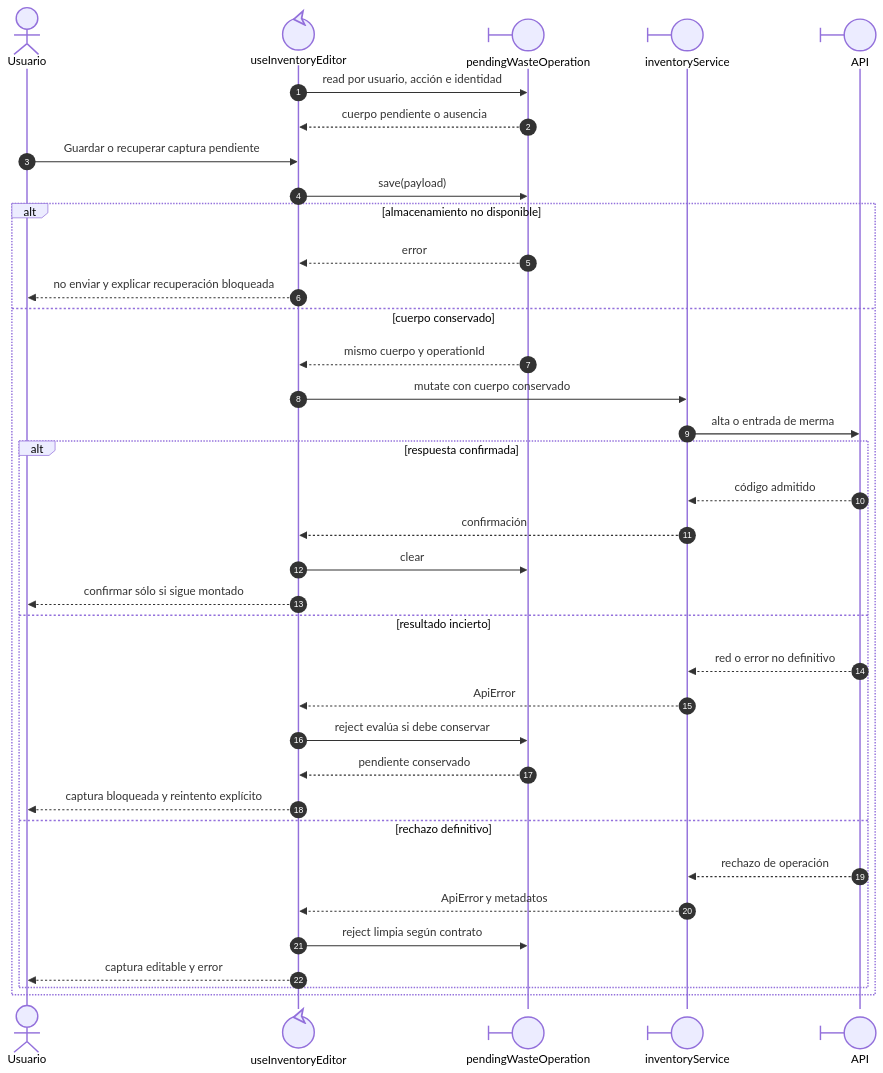
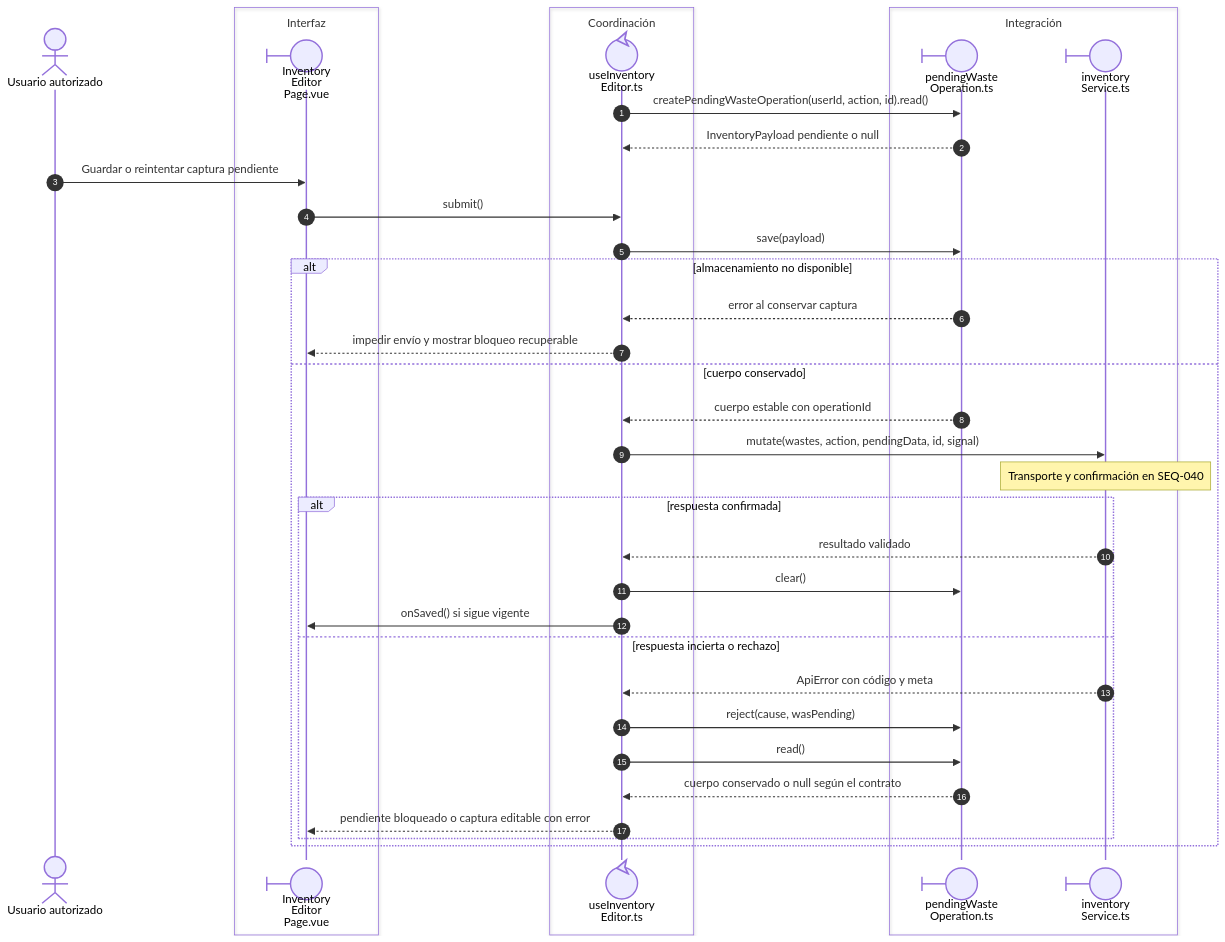
One commit to gpgsistemas01/nexus changed the diagram in front/docs/architecture/views/processes/05-warehouse/02-waste-pending.md. Above: the diagram before and after it, drawn with Mermaid. The commit also changed other lines of this file and 46 other files, not shown here.

Commit message:
docs: alinear secuencias Vue con participantes y callbacks reales

````diff
--- a/front/docs/architecture/views/processes/05-warehouse/02-waste-pending.md
+++ b/front/docs/architecture/views/processes/05-warehouse/02-waste-pending.md
@@ -15,38 +13,39 @@
 ```mermaid
 sequenceDiagram
     autonumber
-    actor Usuario
-    participant Editor@{ "type": "control" } as useInventoryEditor
-    participant Pending@{ "type": "boundary" } as pendingWasteOperation
-    participant Service@{ "type": "boundary" } as inventoryService
-    participant API@{ "type": "boundary" } as API
-    Editor->>Pending: read por usuario, acción e identidad
-    Pending-->>Editor: cuerpo pendiente o ausencia
-    Usuario->>Editor: Guardar o recuperar captura pendiente
+    actor U as Usuario autorizado
+    box Interfaz
+    participant Page@{ "type": "boundary" } as Inventory<br/>Editor<br/>Page.vue
+    end
+    box Coordinación
+    participant Editor@{ "type": "control" } as useInventory<br/>Editor.ts
+    end
+    box Integración
+    participant Pending@{ "type": "boundary" } as pendingWaste<br/>Operation.ts
+    participant Service@{ "type": "boundary" } as inventory<br/>Service.ts
+    end
+    Editor->>Pending: createPendingWasteOperation(userId, action, id).read()
+    Pending-->>Editor: InventoryPayload pendiente o null
+    U->>Page: Guardar o reintentar captura pendiente
+    Page->>Editor: submit()
     Editor->>Pending: save(payload)
     alt almacenamiento no disponible
-        Pending-->>Editor: error
-        Editor-->>Usuario: no enviar y explicar recuperación bloqueada
+        Pending-->>Editor: error al conservar captura
+        Editor-->>Page: impedir envío y mostrar bloqueo recuperable
     else cuerpo conservado
-        Pending-->>Editor: mismo cuerpo y operationId
-        Editor->>Service: mutate con cuerpo conservado
-        Service->>API: alta o entrada de merma
+        Pending-->>Editor: cuerpo estable con operationId
+        Editor->>Service: mutate(wastes, action, pendingData, id, signal)
+        Note over Service: Transporte y confirmación en SEQ-040
         alt respuesta confirmada
-            API-->>Service: código admitido
-            Service-->>Editor: confirmación
-            Editor->>Pending: clear
-            Editor-->>Usuario: confirmar sólo si sigue montado
-        else resultado incierto
-            API-->>Service: red o error no definitivo
-            Service-->>Editor: ApiError
-            Editor->>Pending: reject evalúa si debe conservar
-            Pending-->>Editor: pendiente conservado
-            Editor-->>Usuario: captura bloqueada y reintento explícito
-        else rechazo definitivo
-            API-->>Service: rechazo de operación
-            Service-->>Editor: ApiError y metadatos
-            Editor->>Pending: reject limpia según contrato
-            Editor-->>Usuario: captura editable y error
+            Service-->>Editor: resultado validado
+            Editor->>Pending: clear()
+            Editor->>Page: onSaved() si sigue vigente
+        else respuesta incierta o rechazo
+            Service-->>Editor: ApiError con código y meta
+            Editor->>Pending: reject(cause, wasPending)
+            Editor->>Pending: read()
+            Pending-->>Editor: cuerpo conservado o null según el contrato
+            Editor-->>Page: pendiente bloqueado o captura editable con error
         end
     end
 ```
````
